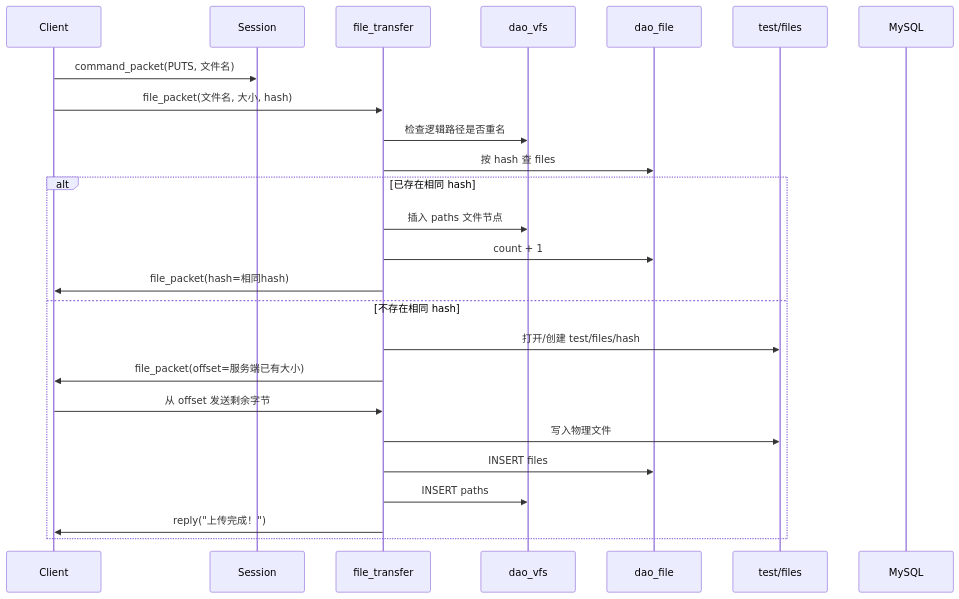
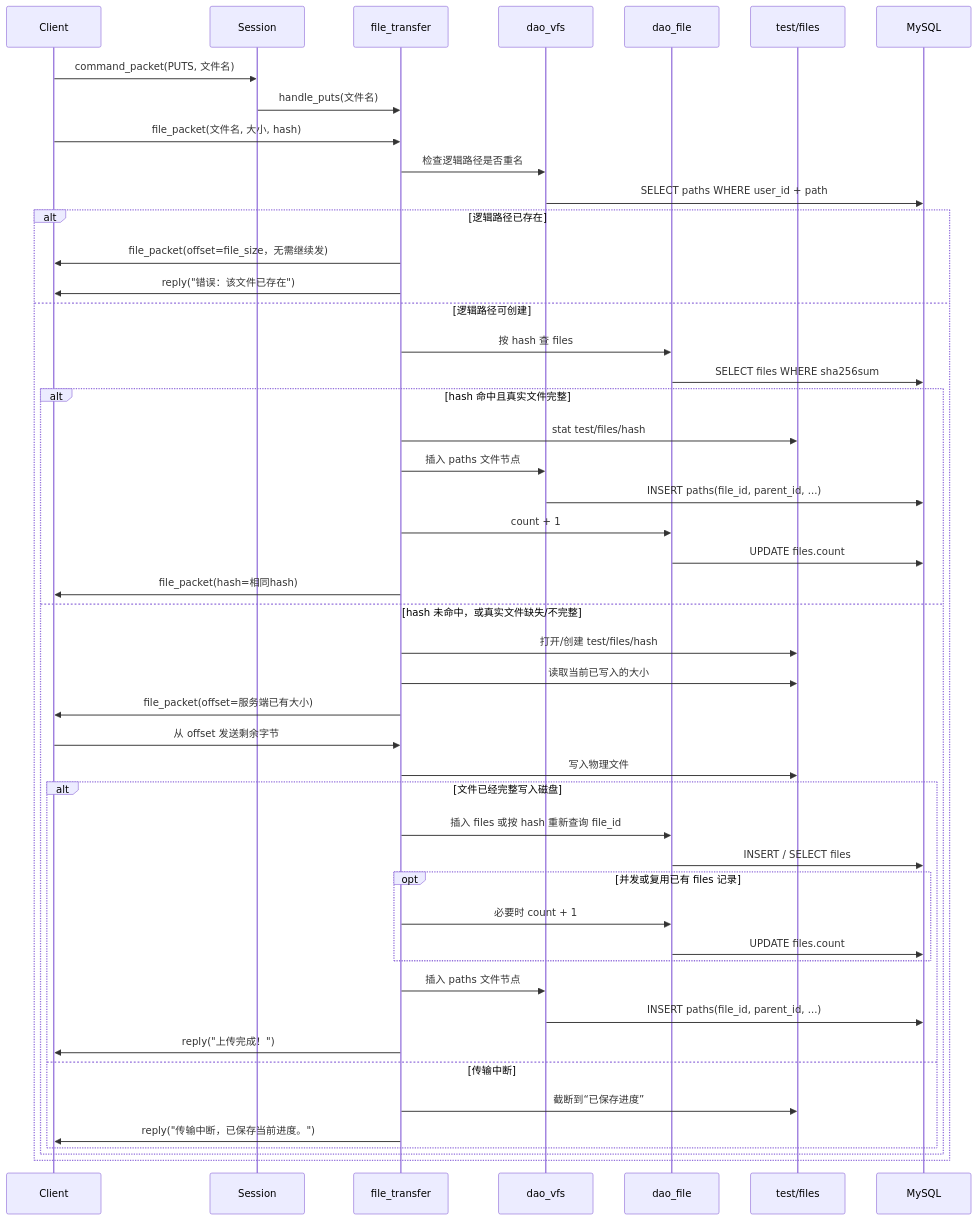
The fifth of 8 diagrams in docs/整体项目架构详解.md (panlong-studio/WindCloud_V3), drawn with Mermaid before and after one commit. The commit also changed other lines of this file, not shown here.

````diff
--- a/docs/整体项目架构详解.md
+++ b/docs/整体项目架构详解.md
@@ -523,29 +526,52 @@
 ```mermaid
 sequenceDiagram
     participant C as Client
     participant S as Session
     participant FT as file_transfer
     participant VFS as dao_vfs
     participant DF as dao_file
     participant Disk as test/files
     participant DB as MySQL
 
     C->>S: command_packet(PUTS, 文件名)
+    S->>FT: handle_puts(文件名)
     C->>FT: file_packet(文件名, 大小, hash)
     FT->>VFS: 检查逻辑路径是否重名
-    FT->>DF: 按 hash 查 files
+    VFS->>DB: SELECT paths WHERE user_id + path
+    alt 逻辑路径已存在
+        FT->>C: file_packet(offset=file_size，无需继续发)
+        FT->>C: reply("错误：该文件已存在")
+    else 逻辑路径可创建
+        FT->>DF: 按 hash 查 files
+        DF->>DB: SELECT files WHERE sha256sum
 
-    alt 已存在相同 hash
-        FT->>VFS: 插入 paths 文件节点
-        FT->>DF: count + 1
-        FT->>C: file_packet(hash=相同hash)
-    else 不存在相同 hash
-        FT->>Disk: 打开/创建 test/files/hash
-        FT->>C: file_packet(offset=服务端已有大小)
-        C->>FT: 从 offset 发送剩余字节
-        FT->>Disk: 写入物理文件
-        FT->>DF: INSERT files
-        FT->>VFS: INSERT paths
-        FT->>C: reply("上传完成！")
+        alt hash 命中且真实文件完整
+            FT->>Disk: stat test/files/hash
+            FT->>VFS: 插入 paths 文件节点
+            VFS->>DB: INSERT paths(file_id, parent_id, ...)
+            FT->>DF: count + 1
+            DF->>DB: UPDATE files.count
+            FT->>C: file_packet(hash=相同hash)
+        else hash 未命中，或真实文件缺失/不完整
+            FT->>Disk: 打开/创建 test/files/hash
+            FT->>Disk: 读取当前已写入的大小
+            FT->>C: file_packet(offset=服务端已有大小)
+            C->>FT: 从 offset 发送剩余字节
+            FT->>Disk: 写入物理文件
+            alt 文件已经完整写入磁盘
+                FT->>DF: 插入 files 或按 hash 重新查询 file_id
+                DF->>DB: INSERT / SELECT files
+                opt 并发或复用已有 files 记录
+                    FT->>DF: 必要时 count + 1
+                    DF->>DB: UPDATE files.count
+                end
+                FT->>VFS: 插入 paths 文件节点
+                VFS->>DB: INSERT paths(file_id, parent_id, ...)
+                FT->>C: reply("上传完成！")
+            else 传输中断
+                FT->>Disk: 截断到“已保存进度”
+                FT->>C: reply("传输中断，已保存当前进度。")
+            end
+        end
     end
 ```
````
